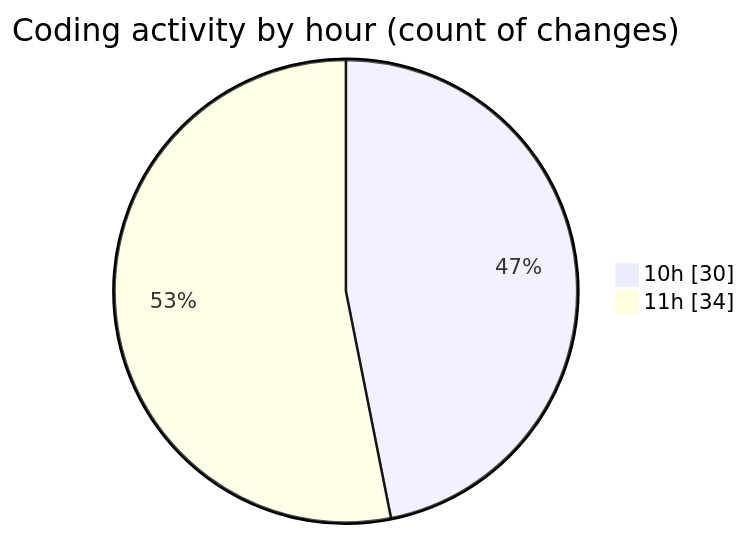
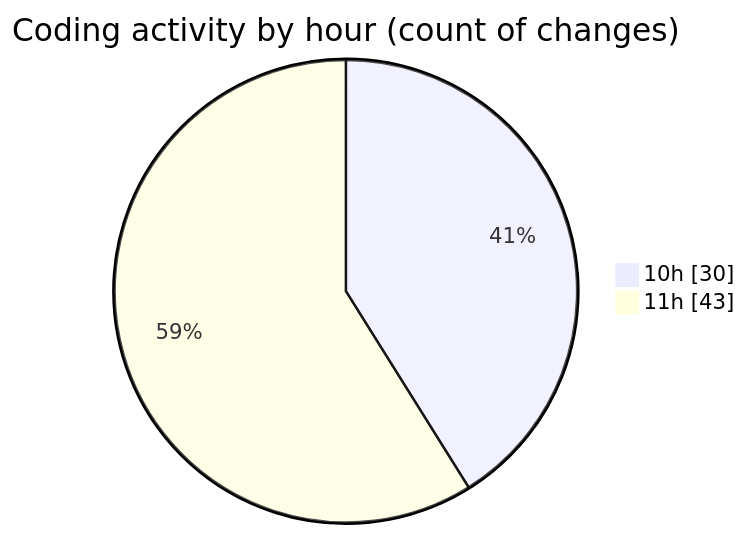
Before and after one commit to momahboobian/code-tracking: the second of 2 diagrams in 2025-05-01/cda/README.md, drawn with Mermaid. The commit also changed other lines of this file and 1 other file, not shown here.

````diff
--- a/2025-05-01/cda/README.md
+++ b/2025-05-01/cda/README.md
@@ -38,6 +38,6 @@
 ```mermaid
 pie showData
 title Coding activity by hour (count of changes)
 "10h" : 30
-"11h" : 34
+"11h" : 43
 ```
````
